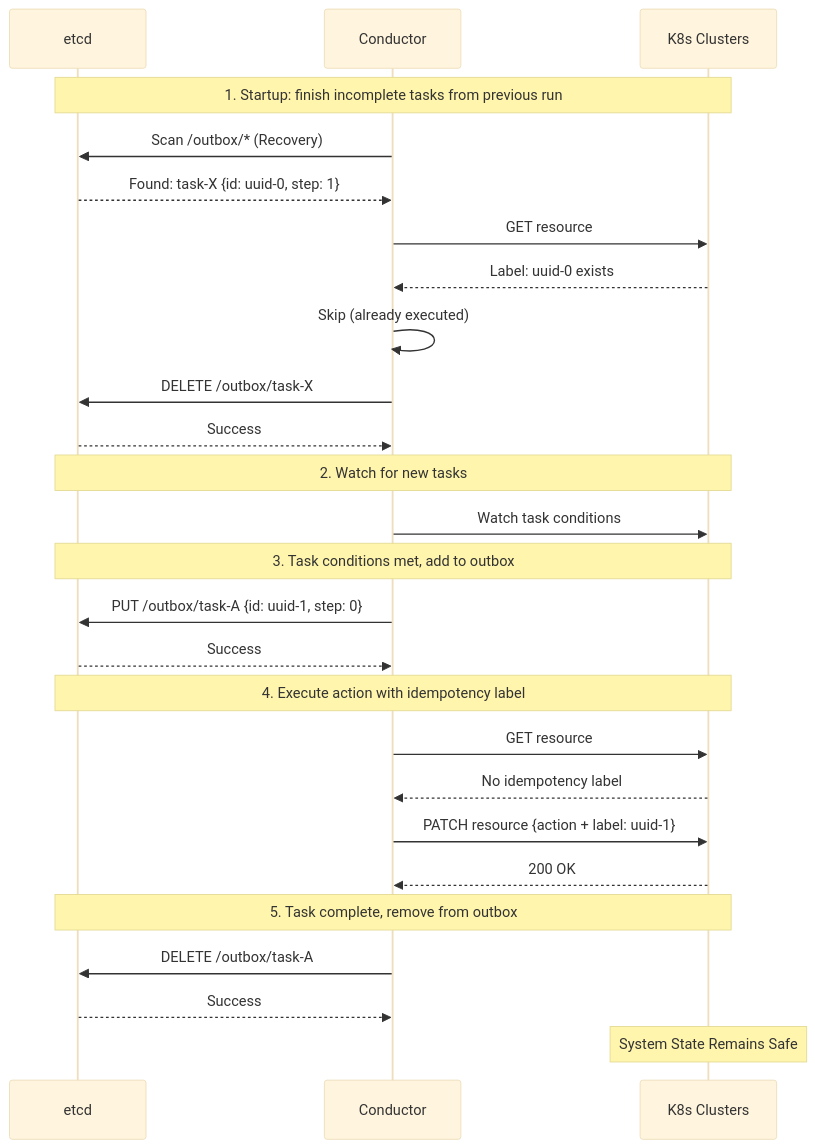
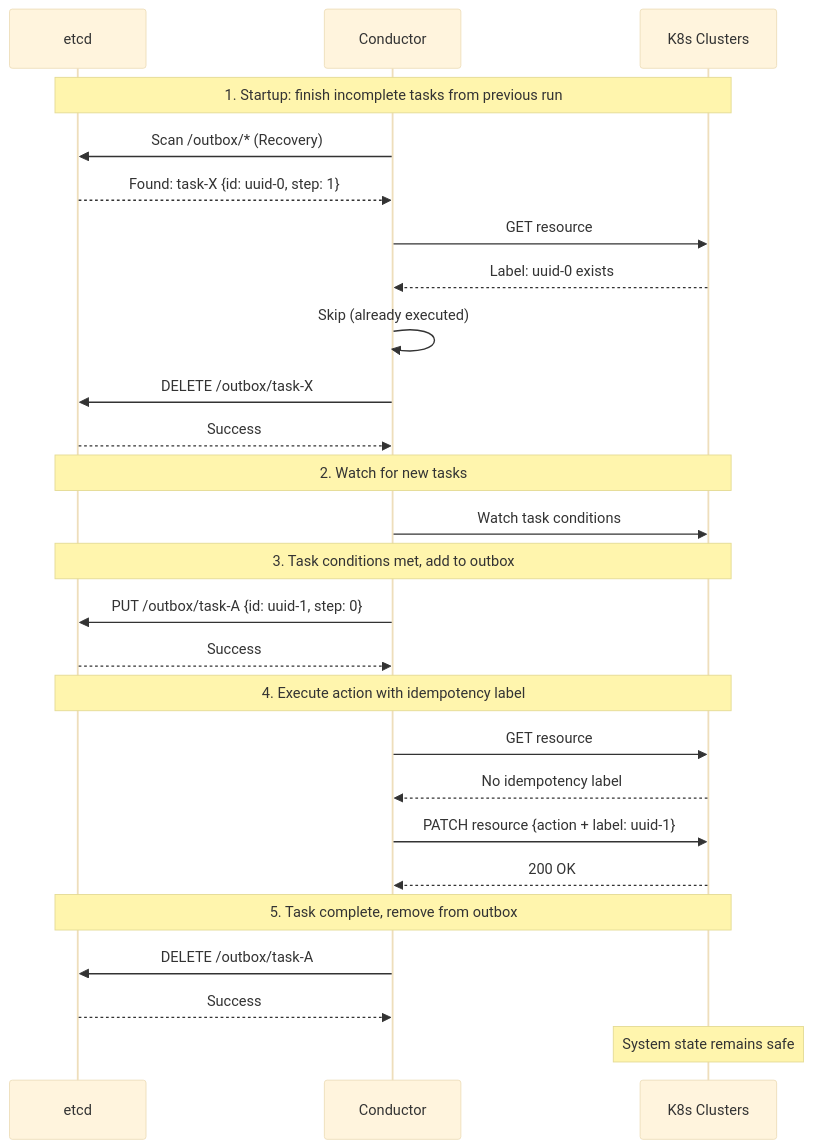
Before and after one commit to esadakcam/conductor: the diagram in docs/outbox-centralized.md, drawn with Mermaid (base theme). The commit also changed 3 other files, not shown here.

````diff
--- a/docs/outbox-centralized.md
+++ b/docs/outbox-centralized.md
@@ -1,39 +1,39 @@
 ```mermaid
 sequenceDiagram
     participant DB as etcd
     participant Conductor as Conductor
     participant K8s as K8s Clusters
 
     Note over DB, K8s: 1. Startup: finish incomplete tasks from previous run
 
     Conductor->>DB: Scan /outbox/* (Recovery)
     DB-->>Conductor: Found: task-X {id: uuid-0, step: 1}
     Conductor->>K8s: GET resource
     K8s-->>Conductor: Label: uuid-0 exists
     Conductor->>Conductor: Skip (already executed)
     Conductor->>DB: DELETE /outbox/task-X
     DB-->>Conductor: Success
 
     Note over DB, K8s: 2. Watch for new tasks
 
     Conductor->>K8s: Watch task conditions
 
     Note over DB, K8s: 3. Task conditions met, add to outbox
 
     Conductor->>DB: PUT /outbox/task-A {id: uuid-1, step: 0}
     DB-->>Conductor: Success
 
     Note over DB, K8s: 4. Execute action with idempotency label
 
     Conductor->>K8s: GET resource
     K8s-->>Conductor: No idempotency label
     Conductor->>K8s: PATCH resource {action + label: uuid-1}
     K8s-->>Conductor: 200 OK
 
     Note over DB, K8s: 5. Task complete, remove from outbox
 
     Conductor->>DB: DELETE /outbox/task-A
     DB-->>Conductor: Success
 
-    Note over K8s: System State Remains Safe
+    Note over K8s: System state remains safe
 ```
````
